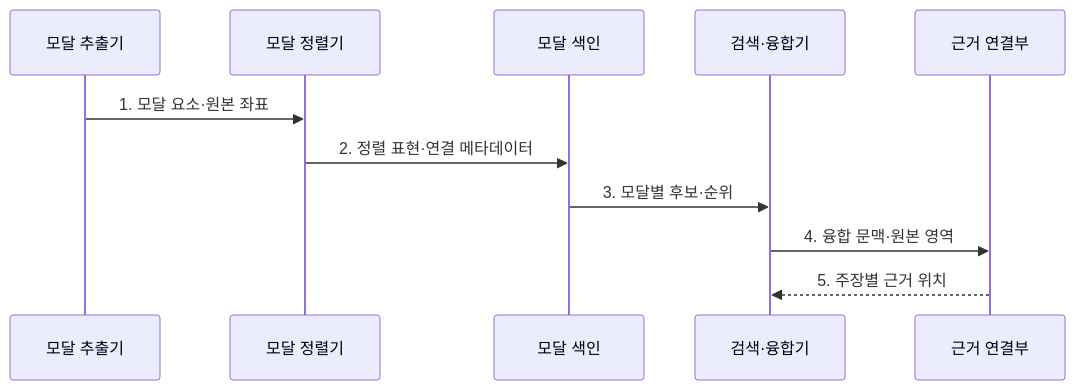
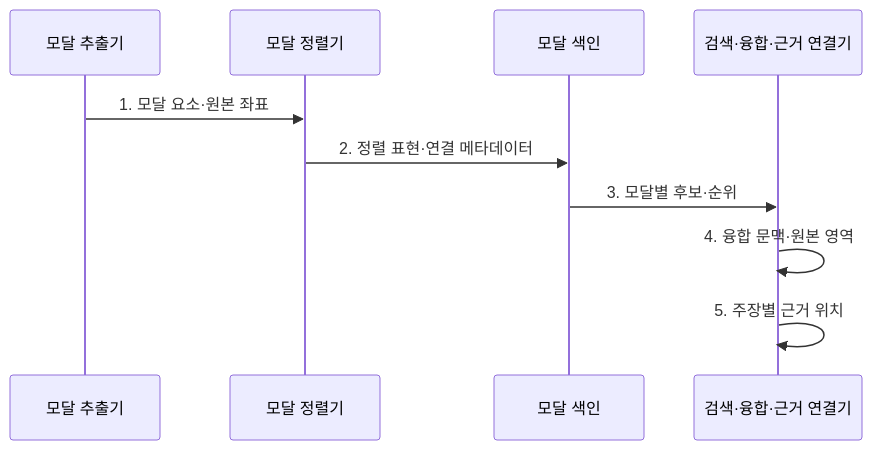
One commit to agnusdei1207/knowledge-base changed the second of 2 diagrams in src/content/docs/notes/08-latest-tech/092_multimodal_rag.md. Above: the diagram before and after it, drawn with Mermaid. The commit also changed 8 other files, not shown here.

Commit message:
Focus AI evaluation and reasoning flows

````diff
--- a/src/content/docs/notes/08-latest-tech/092_multimodal_rag.md
+++ b/src/content/docs/notes/08-latest-tech/092_multimodal_rag.md
@@ -95,13 +95,12 @@
 ```mermaid
 sequenceDiagram
   participant X as 모달 추출기
   participant A as 모달 정렬기
   participant I as 모달 색인
-  participant R as 검색·융합기
-  participant C as 근거 연결부
+  participant R as 검색·융합·근거 연결기
   X->>A: 1. 모달 요소·원본 좌표
   A->>I: 2. 정렬 표현·연결 메타데이터
   I->>R: 3. 모달별 후보·순위
-  R->>C: 4. 융합 문맥·원본 영역
-  C-->>R: 5. 주장별 근거 위치
+  R->>R: 4. 융합 문맥·원본 영역
+  R->>R: 5. 주장별 근거 위치
 ```
````
